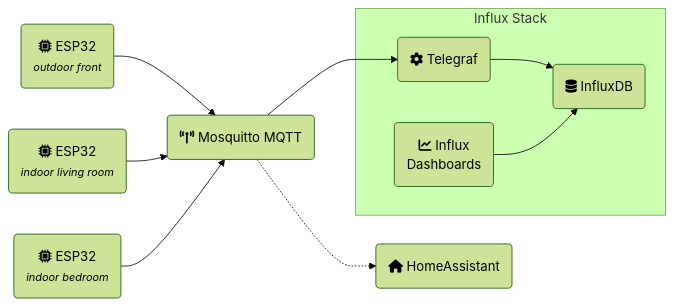
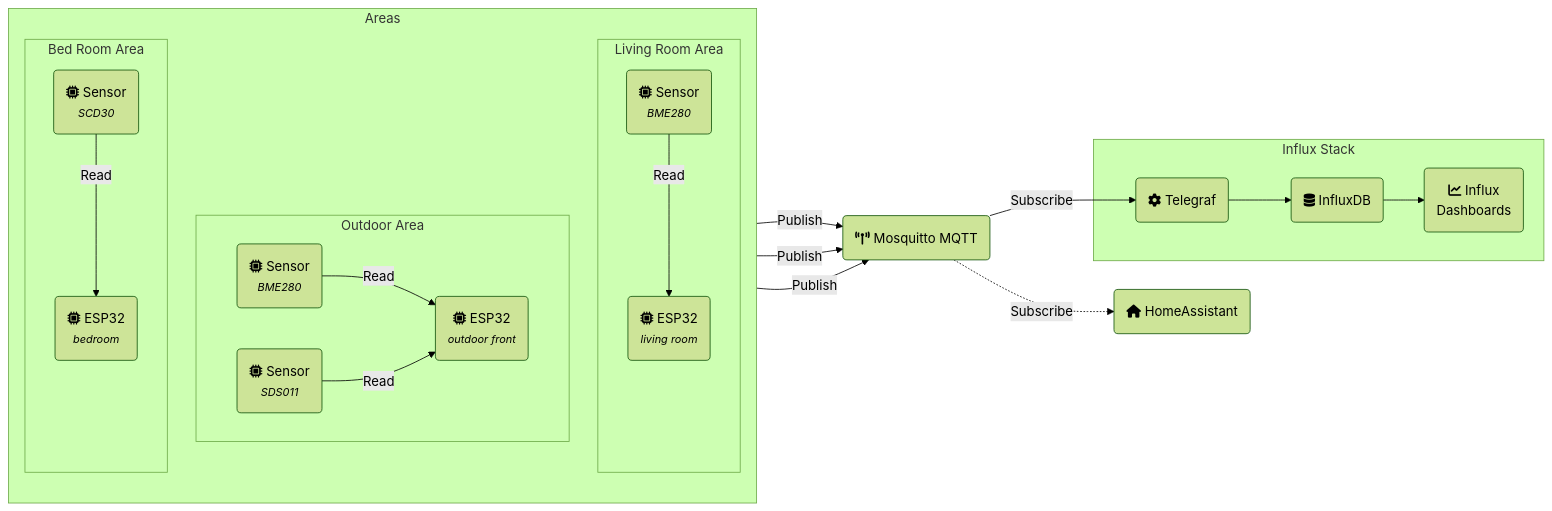
One commit to etiennetremel/esp32-home-sensor changed the diagram in README.md. Above: the diagram before and after it, drawn with Mermaid (forest theme).

Commit message:
docs: update diagram

````diff
--- a/README.md
+++ b/README.md
@@ -12,21 +12,43 @@
 ```mermaid
 flowchart LR
+    OutdoorSds011(fa:fa-microchip Sensor<br><small><i>SDS011</i></small>)
+    OutdoorBme280(fa:fa-microchip Sensor<br><small><i>BME280</i></small>)
     Outdoor(fa:fa-microchip ESP32<br /><small><i>outdoor front</i></small>)
-    LivingRoom(fa:fa-microchip ESP32<br /><small><i>indoor living room</i></small>)
-    BedRoom(fa:fa-microchip ESP32<br /><small><i>indoor bedroom</i></small>)
+    LivingRoomBme280(fa:fa-microchip Sensor<br><small><i>BME280</i></small>)
+    LivingRoom(fa:fa-microchip ESP32<br /><small><i>living room</i></small>)
+    BedRoomScd30(fa:fa-microchip Sensor<br><small><i>SCD30</i></small>)
+    BedRoom(fa:fa-microchip ESP32<br /><small><i>bedroom</i></small>)
     MQTT(fa:fa-tower-broadcast Mosquitto MQTT)
     Telegraf(fa:fa-gear Telegraf)
     InfluxDB(fa:fa-database InfluxDB)
     InfluxDashboards(fa:fa-chart-line Influx<br>Dashboards)
     HomeAssistant(fa:fa-house HomeAssistant)
 
-    Outdoor-->MQTT
-    LivingRoom-->MQTT
-    BedRoom-->MQTT
-    MQTT-->Telegraf
+    subgraph Areas
+    direction TB
+    subgraph Outdoor Area
+    direction LR
+    OutdoorBme280--Read-->Outdoor
+    OutdoorSds011--Read-->Outdoor
+    end
+
+    subgraph Living Room Area
+    LivingRoomBme280--Read-->LivingRoom
+    end
+
+    subgraph Bed Room Area
+    BedRoomScd30--Read-->BedRoom
+    end
+    end
+
     subgraph Influx Stack
     Telegraf-->InfluxDB
-    InfluxDashboards-->InfluxDB
+    InfluxDB-->InfluxDashboards
     end
-    MQTT-.->HomeAssistant
+
+    Outdoor--Publish-->MQTT
+    LivingRoom--Publish-->MQTT
+    BedRoom--Publish-->MQTT
+    MQTT--Subscribe-->Telegraf
+    MQTT-.Subscribe.->HomeAssistant
 ```
````
